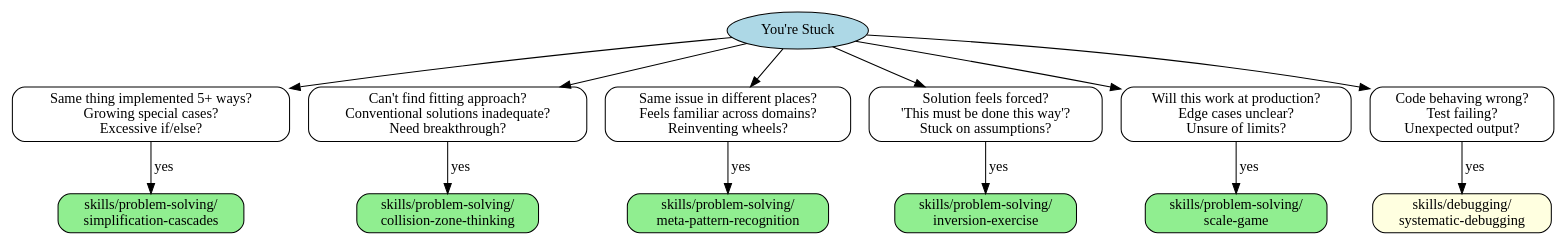
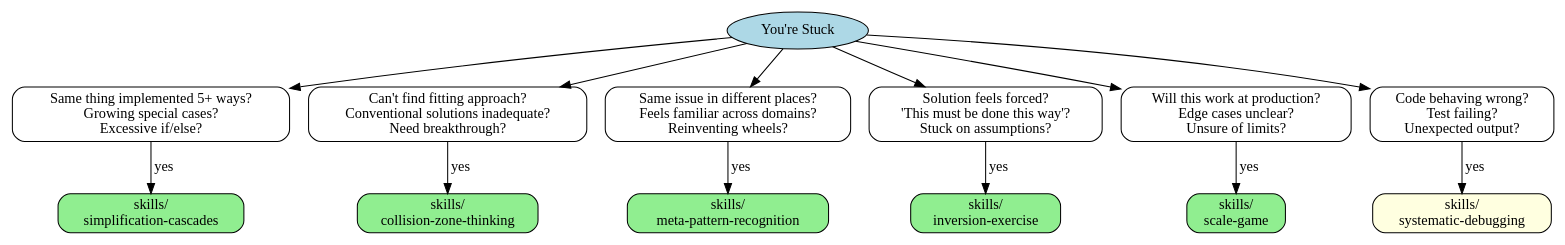
Before and after one commit to rossturner/superpowers-skills: the diagram in skills/when-stuck/SKILL.md, drawn with Graphviz. The commit also changed other lines of this file and 29 other files, not shown here.

````diff
--- a/skills/when-stuck/SKILL.md
+++ b/skills/when-stuck/SKILL.md
@@ -18,36 +18,36 @@
 ```dot
 digraph stuck_dispatch {
     rankdir=TB;
     node [shape=box, style=rounded];
 
     stuck [label="You're Stuck", shape=ellipse, style=filled, fillcolor=lightblue];
 
     complexity [label="Same thing implemented 5+ ways?\nGrowing special cases?\nExcessive if/else?"];
     innovation [label="Can't find fitting approach?\nConventional solutions inadequate?\nNeed breakthrough?"];
     patterns [label="Same issue in different places?\nFeels familiar across domains?\nReinventing wheels?"];
     assumptions [label="Solution feels forced?\n'This must be done this way'?\nStuck on assumptions?"];
     scale [label="Will this work at production?\nEdge cases unclear?\nUnsure of limits?"];
     bugs [label="Code behaving wrong?\nTest failing?\nUnexpected output?"];
 
     stuck -> complexity;
     stuck -> innovation;
     stuck -> patterns;
     stuck -> assumptions;
     stuck -> scale;
     stuck -> bugs;
 
     complexity -> simp [label="yes"];
     innovation -> collision [label="yes"];
     patterns -> meta [label="yes"];
     assumptions -> invert [label="yes"];
     scale -> scale_skill [label="yes"];
     bugs -> debug [label="yes"];
 
-    simp [label="skills/problem-solving/\nsimplification-cascades", shape=box, style="rounded,filled", fillcolor=lightgreen];
-    collision [label="skills/problem-solving/\ncollision-zone-thinking", shape=box, style="rounded,filled", fillcolor=lightgreen];
-    meta [label="skills/problem-solving/\nmeta-pattern-recognition", shape=box, style="rounded,filled", fillcolor=lightgreen];
-    invert [label="skills/problem-solving/\ninversion-exercise", shape=box, style="rounded,filled", fillcolor=lightgreen];
-    scale_skill [label="skills/problem-solving/\nscale-game", shape=box, style="rounded,filled", fillcolor=lightgreen];
-    debug [label="skills/debugging/\nsystematic-debugging", shape=box, style="rounded,filled", fillcolor=lightyellow];
+    simp [label="skills/\nsimplification-cascades", shape=box, style="rounded,filled", fillcolor=lightgreen];
+    collision [label="skills/\ncollision-zone-thinking", shape=box, style="rounded,filled", fillcolor=lightgreen];
+    meta [label="skills/\nmeta-pattern-recognition", shape=box, style="rounded,filled", fillcolor=lightgreen];
+    invert [label="skills/\ninversion-exercise", shape=box, style="rounded,filled", fillcolor=lightgreen];
+    scale_skill [label="skills/\nscale-game", shape=box, style="rounded,filled", fillcolor=lightgreen];
+    debug [label="skills/\nsystematic-debugging", shape=box, style="rounded,filled", fillcolor=lightyellow];
 }
 ```
````
